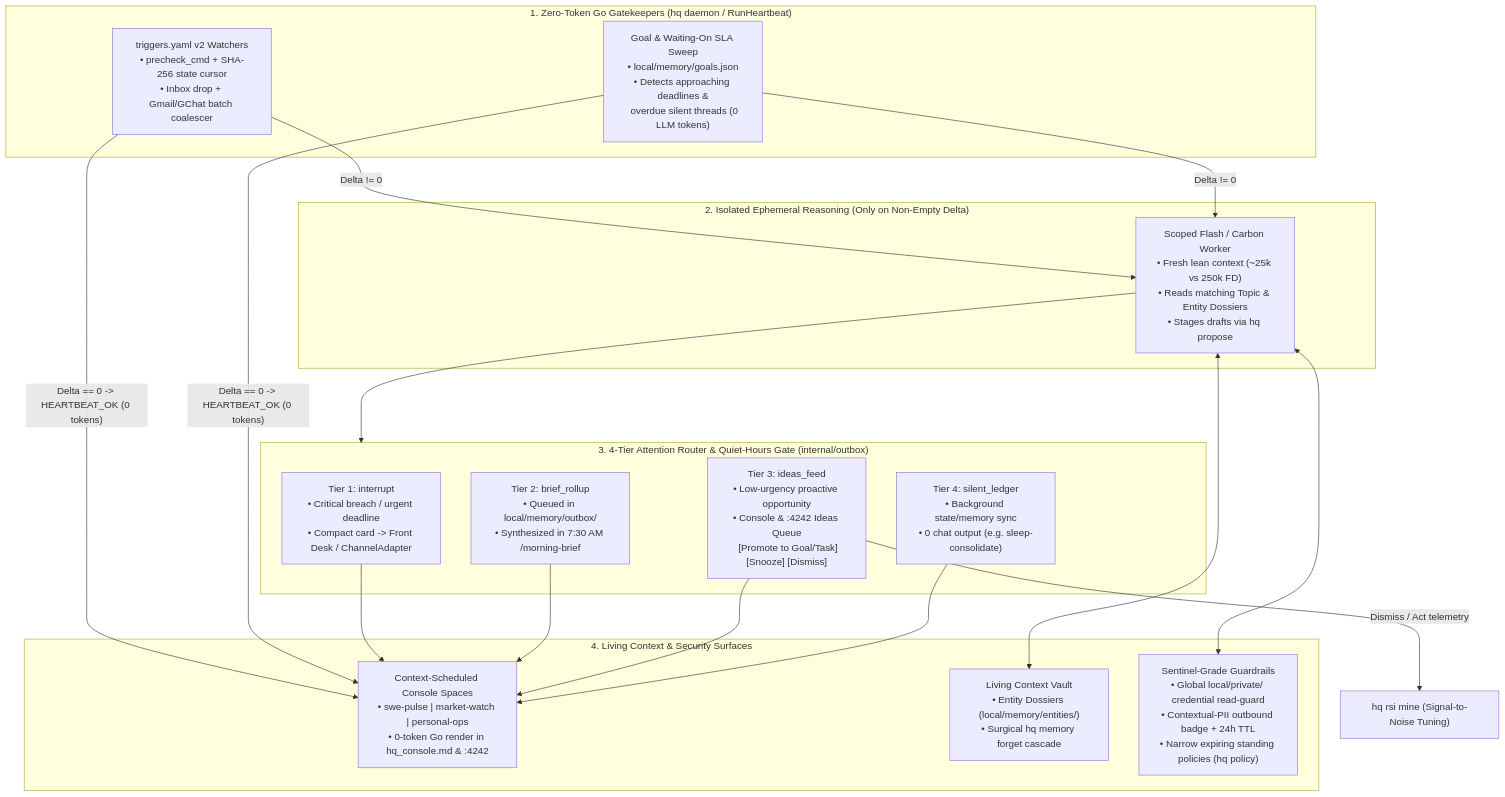
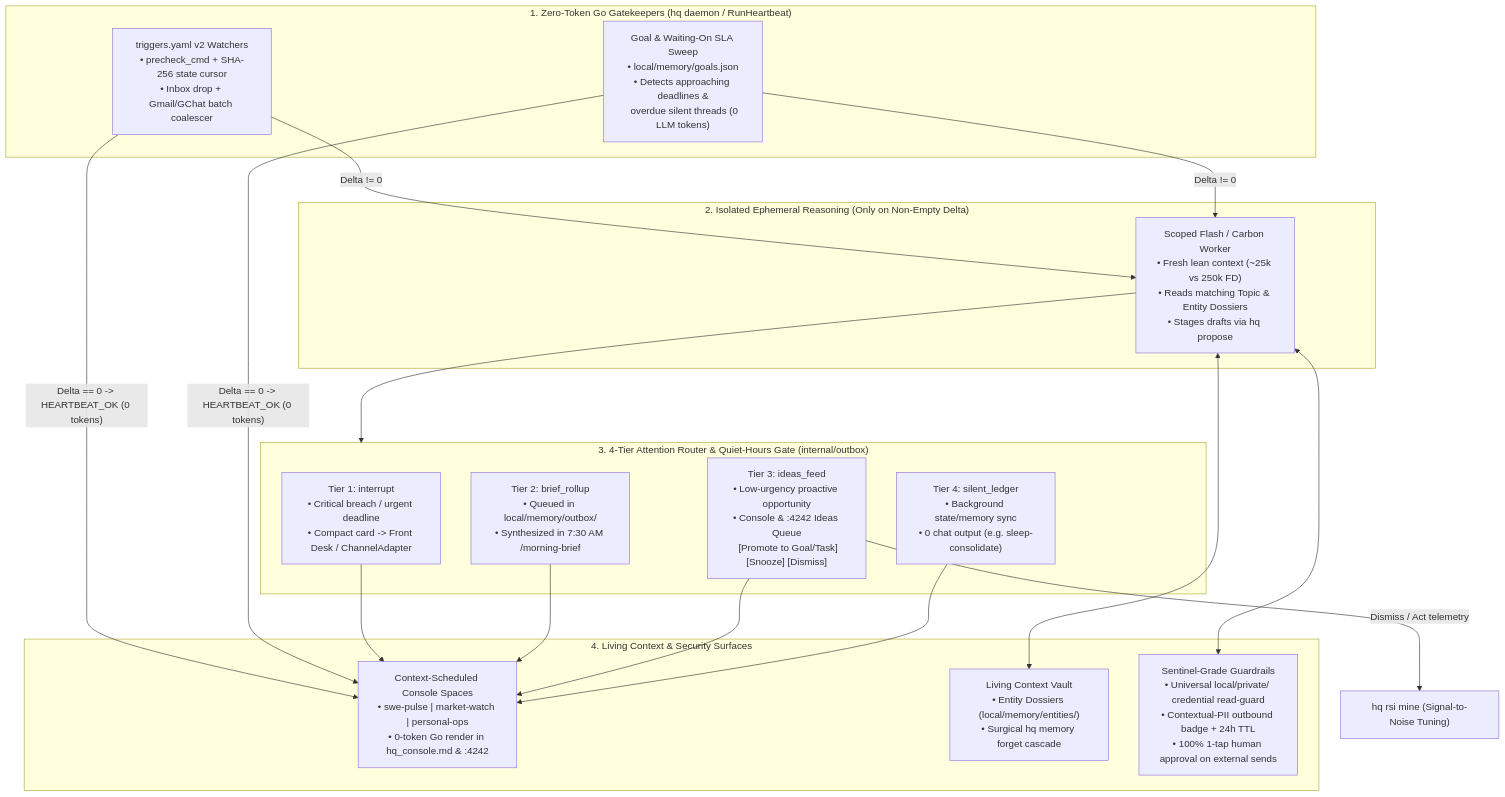
The diagram in docs/design/0014-proactive-engine-and-living-context.md (zjshen14/agy-hq), drawn with Mermaid before and after one commit. The commit also changed other lines of this file and 33 other files, not shown here.

````diff
--- a/docs/design/0014-proactive-engine-and-living-context.md
+++ b/docs/design/0014-proactive-engine-and-living-context.md
@@ -37,31 +37,31 @@
 ```mermaid
 flowchart TB
     subgraph Gatekeepers["1. Zero-Token Go Gatekeepers (hq daemon / RunHeartbeat)"]
         TR["triggers.yaml v2 Watchers\n• precheck_cmd + SHA-256 state cursor\n• Inbox drop + Gmail/GChat batch coalescer"]
         GW["Goal & Waiting-On SLA Sweep\n• local/memory/goals.json\n• Detects approaching deadlines &\n  overdue silent threads (0 LLM tokens)"]
     end
 
     subgraph Workers["2. Isolated Ephemeral Reasoning (Only on Non-Empty Delta)"]
         WK["Scoped Flash / Carbon Worker\n• Fresh lean context (~25k vs 250k FD)\n• Reads matching Topic & Entity Dossiers\n• Stages drafts via hq propose"]
     end
 
     subgraph Router["3. 4-Tier Attention Router & Quiet-Hours Gate (internal/outbox)"]
         T1["Tier 1: interrupt\n• Critical breach / urgent deadline\n• Compact card -> Front Desk / ChannelAdapter"]
         T2["Tier 2: brief_rollup\n• Queued in local/memory/outbox/\n• Synthesized in 7:30 AM /morning-brief"]
         T3["Tier 3: ideas_feed\n• Low-urgency proactive opportunity\n• Console & :4242 Ideas Queue\n  [Promote to Goal/Task] [Snooze] [Dismiss]"]
         T4["Tier 4: silent_ledger\n• Background state/memory sync\n• 0 chat output (e.g. sleep-consolidate)"]
     end
 
     subgraph Surfaces["4. Living Context & Security Surfaces"]
         SP["Context-Scheduled Console Spaces\n• swe-pulse | market-watch | personal-ops\n• 0-token Go render in hq_console.md & :4242"]
         MEM["Living Context Vault\n• Entity Dossiers (local/memory/entities/)\n• Surgical hq memory forget cascade"]
-        SENT["Sentinel-Grade Guardrails\n• Global local/private/ credential read-guard\n• Contextual-PII outbound badge + 24h TTL\n• Narrow expiring standing policies (hq policy)"]
+        SENT["Sentinel-Grade Guardrails\n• Universal local/private/ credential read-guard\n• Contextual-PII outbound badge + 24h TTL\n• 100% 1-tap human approval on external sends"]
     end
 
     TR & GW -->|"Delta == 0 -> HEARTBEAT_OK (0 tokens)"| SP
     TR & GW -->|"Delta != 0"| WK
     WK --> Router
     T1 & T2 & T3 & T4 --> SP
     T3 -->|"Dismiss / Act telemetry"| RSI["hq rsi mine (Signal-to-Noise Tuning)"]
     WK <--> MEM & SENT
 ```
````
